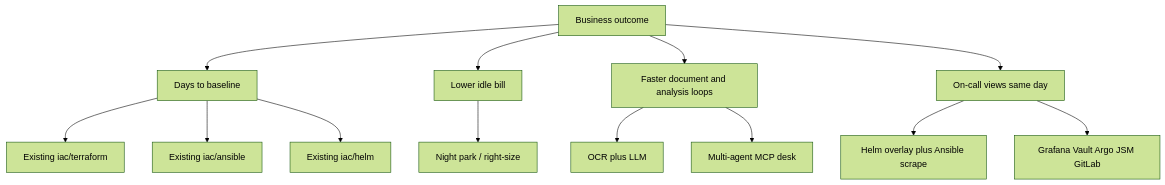
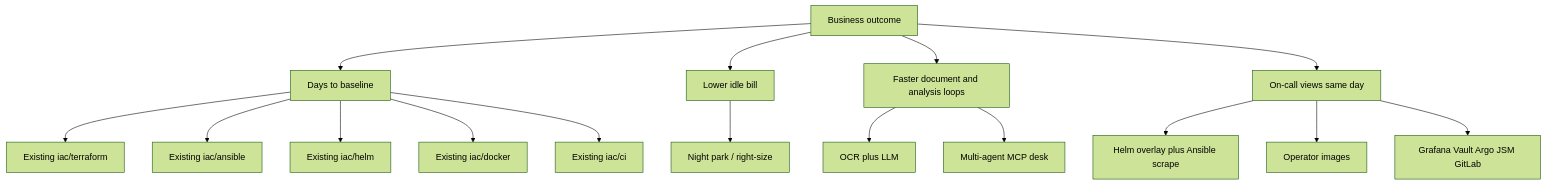
Before and after one commit to NarberallGamma/narberall-platform-engineer-lab: the diagram in architecture/README.md, drawn with Mermaid (forest theme). The commit also changed other lines of this file and 26 other files, not shown here.

Commit message:
Make the public lab hunt-ready: shorter README, redacted chat ID, current diagrams.

````diff
--- a/architecture/README.md
+++ b/architecture/README.md
@@ -19,15 +19,18 @@
 ```mermaid
 flowchart TB
   Biz[Business outcome] --> Days[Days to baseline]
   Biz --> Bill[Lower idle bill]
   Biz --> AI[Faster document and analysis loops]
   Days --> TF[Existing iac/terraform]
   Days --> ANS[Existing iac/ansible]
   Days --> HELM[Existing iac/helm]
+  Days --> Dock[Existing iac/docker]
+  Days --> CI[Existing iac/ci]
   Bill --> Park[Night park / right-size]
   AI --> OCR[OCR plus LLM]
   AI --> Desk[Multi-agent MCP desk]
   Biz --> SRE[On-call views same day]
   SRE --> Obs[Helm overlay plus Ansible scrape]
+  SRE --> Ops[Operator images]
   SRE --> APIs[Grafana Vault Argo JSM GitLab]
 ```
````
